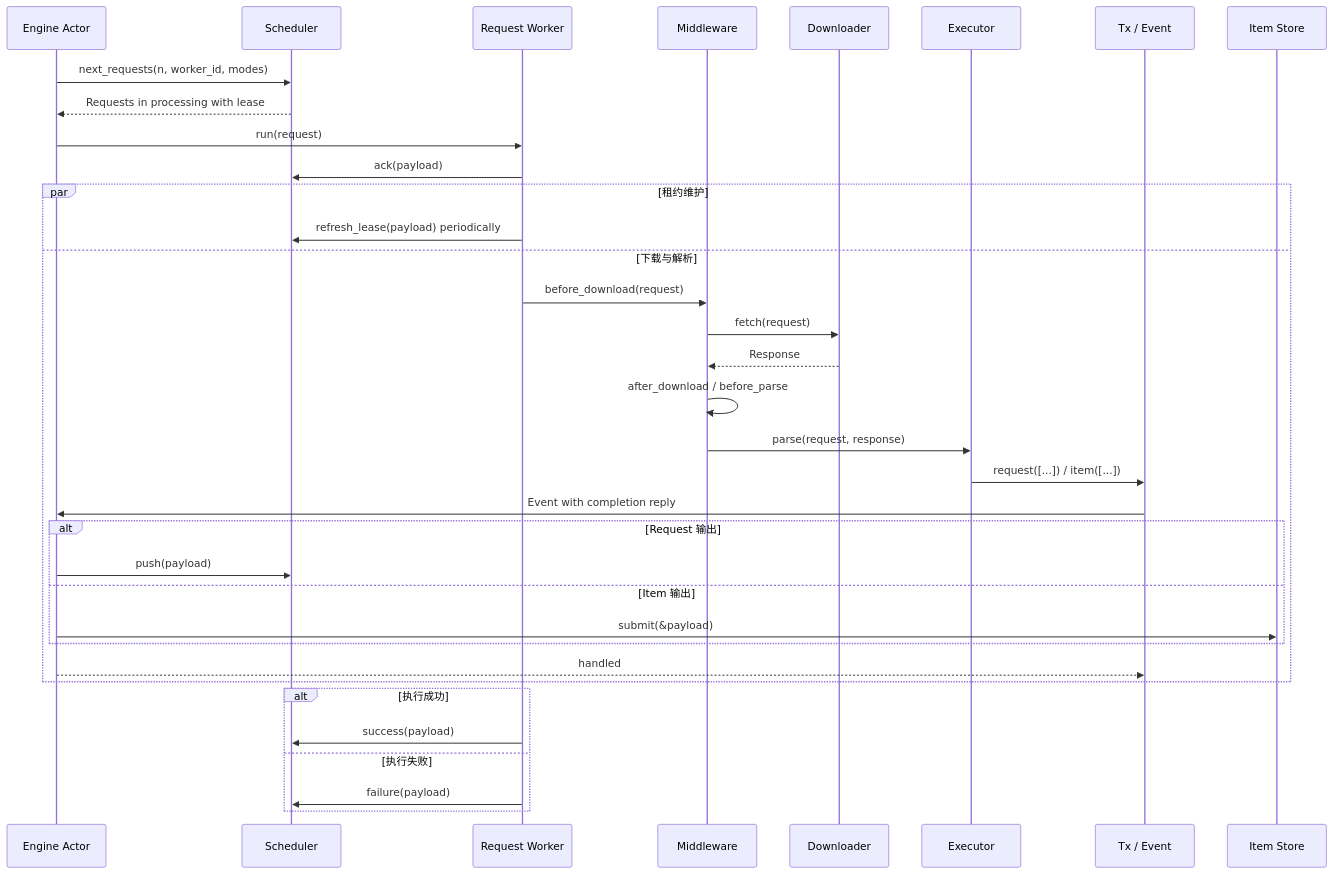
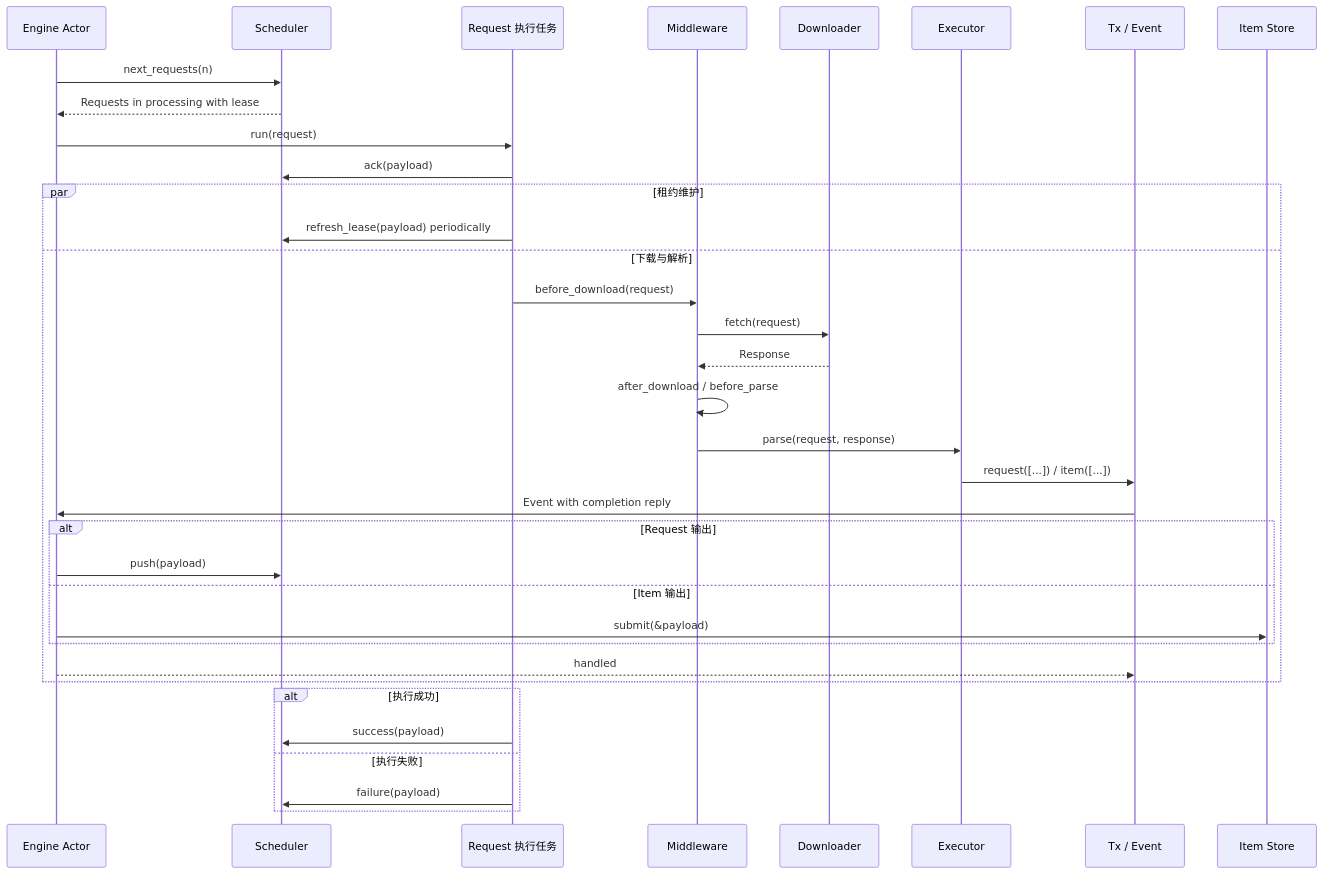
One commit to halo-space/crawler changed the fifth of 5 diagrams in docs/architecture.zh-CN.md. Above: the diagram before and after it, drawn with Mermaid. The commit also changed other lines of this file and 104 other files, not shown here.

````diff
--- a/docs/architecture.zh-CN.md
+++ b/docs/architecture.zh-CN.md
@@ -385,38 +436,38 @@
 ```mermaid
 sequenceDiagram
     participant A as Engine Actor
     participant S as Scheduler
-    participant W as Request Worker
+    participant W as Request 执行任务
     participant M as Middleware
     participant D as Downloader
     participant E as Executor
     participant T as Tx / Event
     participant I as Item Store
 
-    A->>S: next_requests(n, worker_id, modes)
+    A->>S: next_requests(n)
     S-->>A: Requests in processing with lease
     A->>W: run(request)
     W->>S: ack(payload)
     par 租约维护
         W->>S: refresh_lease(payload) periodically
     and 下载与解析
         W->>M: before_download(request)
         M->>D: fetch(request)
         D-->>M: Response
         M->>M: after_download / before_parse
         M->>E: parse(request, response)
         E->>T: request([...]) / item([...])
         T->>A: Event with completion reply
         alt Request 输出
             A->>S: push(payload)
         else Item 输出
             A->>I: submit(&payload)
         end
         A-->>T: handled
     end
     alt 执行成功
         W->>S: success(payload)
     else 执行失败
         W->>S: failure(payload)
     end
 ```
````
